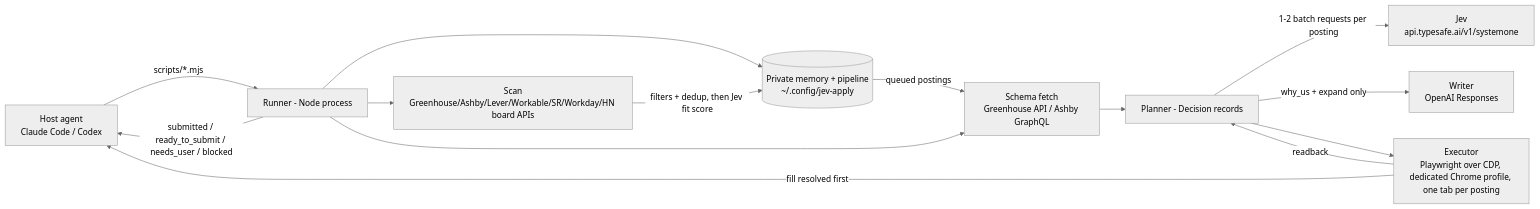
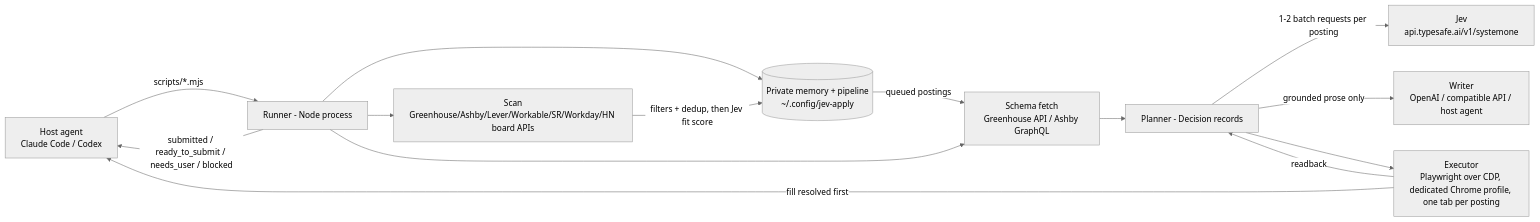
One commit to TheAdaply/jev-apply changed the diagram in docs/PLAN.md. Above: the diagram before and after it, drawn with Mermaid (neutral theme). The commit also changed other lines of this file and 14 other files, not shown here.

````diff
--- a/docs/PLAN.md
+++ b/docs/PLAN.md
@@ -58,16 +60,16 @@
 ```mermaid
 flowchart LR
   H[Host agent<br/>Claude Code / Codex] -->|scripts/*.mjs| R[Runner - Node process]
   R --> M[(Private memory + pipeline<br/>~/.config/jev-apply)]
   R --> D[Scan<br/>Greenhouse/Ashby/Lever/Workable/SR/Workday/HN board APIs]
   D -->|filters + dedup, then Jev fit score| M
   M -->|queued postings| S
   R --> S[Schema fetch<br/>Greenhouse API / Ashby GraphQL]
   S --> P[Planner - Decision records]
   P -->|1-2 batch requests per posting| J[Jev<br/>api.typesafe.ai/v1/systemone]
-  P -->|why_us + expand only| W[Writer<br/>OpenAI Responses]
+  P -->|grounded prose only| W[Writer<br/>OpenAI / compatible API / host agent]
   P --> E[Executor<br/>Playwright over CDP, dedicated Chrome profile, one tab per posting]
   E -->|readback| P
   E -->|fill resolved first| H
   R -->|submitted / ready_to_submit / needs_user / blocked| H
 ```
````
